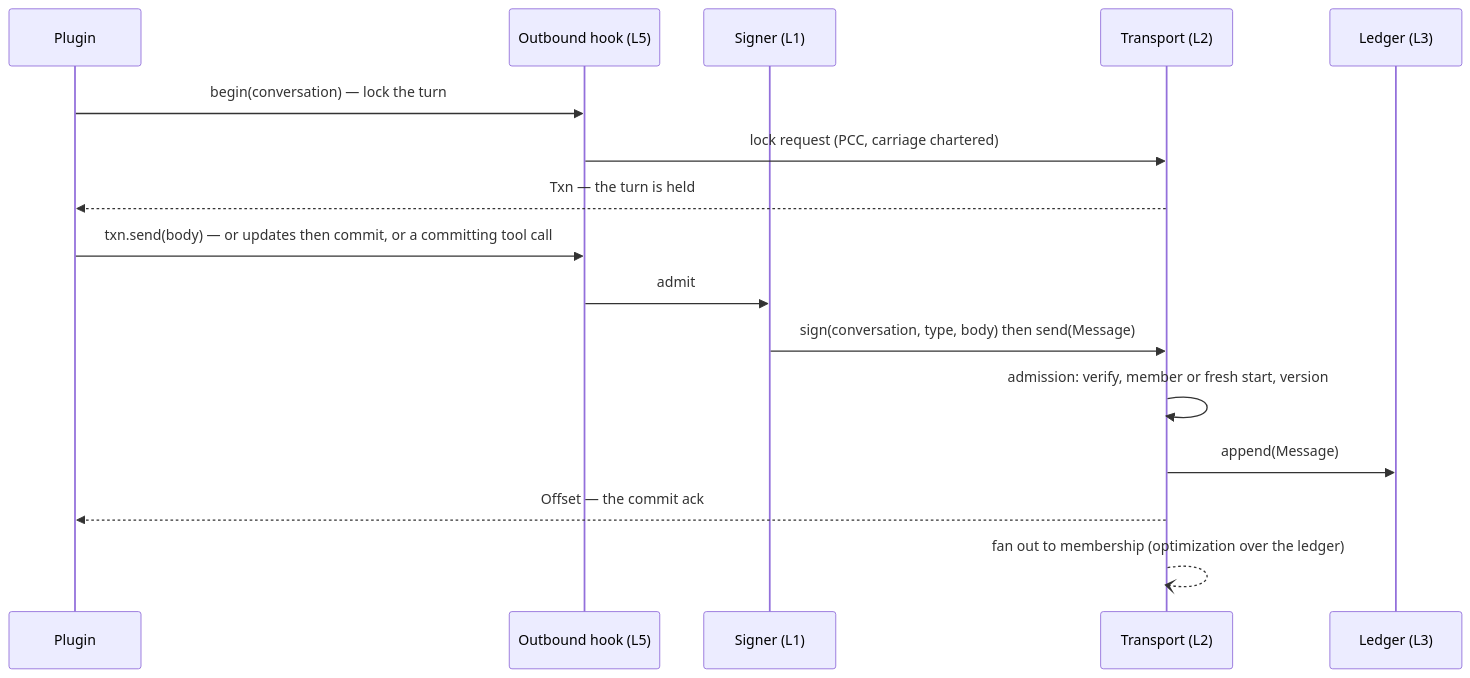
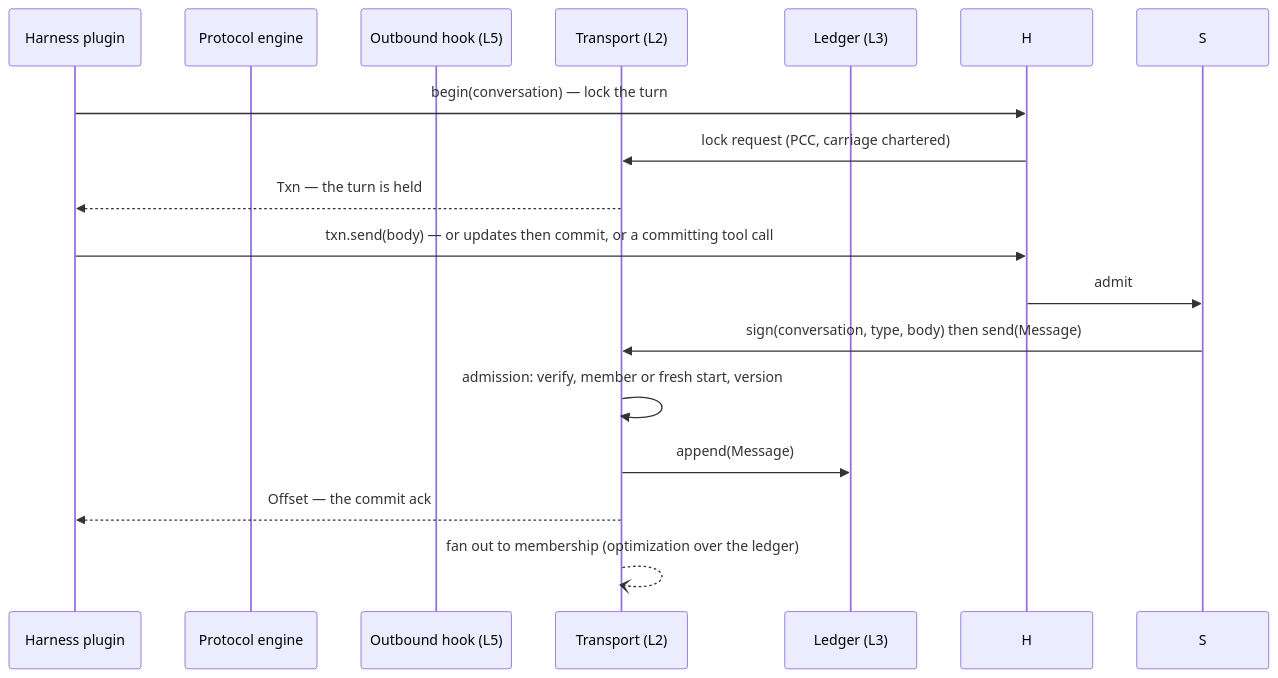
Before and after one commit to chughtapan/moltzap: the first of 3 diagrams in docs/spec/layer-interfaces.md, drawn with Mermaid. The commit also changed other lines of this file and 9 other files, not shown here.

````diff
--- a/docs/spec/layer-interfaces.md
+++ b/docs/spec/layer-interfaces.md
@@ -350,18 +351,18 @@
 ```mermaid
 sequenceDiagram
-  participant P as Plugin
-  participant H as Outbound hook (L5)
-  participant S as Signer (L1)
+  participant P as Harness plugin
+  participant E as Protocol engine
+  participant F as Outbound hook (L5)
   participant T as Transport (L2)
   participant L as Ledger (L3)
   P->>H: begin(conversation) — lock the turn
   H->>T: lock request (PCC, carriage chartered)
   T-->>P: Txn — the turn is held
   P->>H: txn.send(body) — or updates then commit, or a committing tool call
   H->>S: admit
   S->>T: sign(conversation, type, body) then send(Message)
   T->>T: admission: verify, member or fresh start, version
   T->>L: append(Message)
   T-->>P: Offset — the commit ack
   T--)T: fan out to membership (optimization over the ledger)
 ```
````
